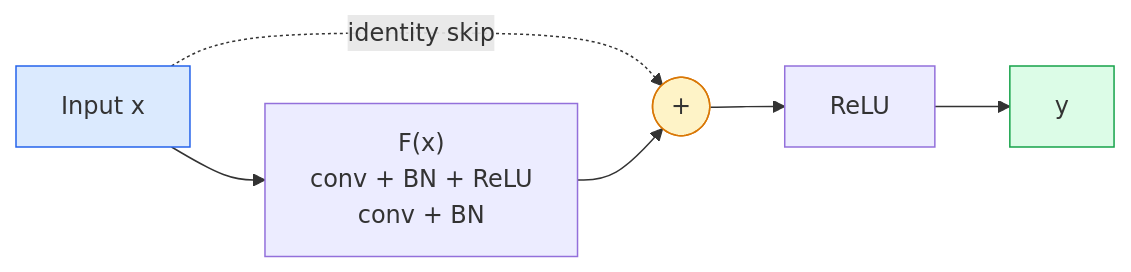
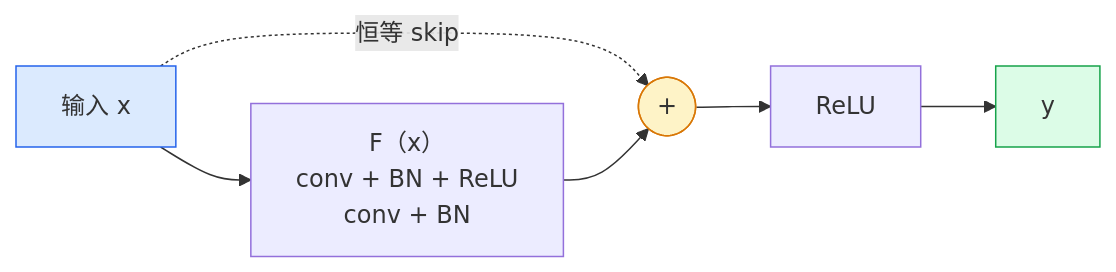
One commit to JerryC8080/ai-engineering-from-scratch-zh changed the third of 3 diagrams in phases/04-computer-vision/03-cnns-lenet-to-resnet/docs/zh.md. Above: the diagram before and after it, drawn with Mermaid. The commit also changed other lines of this file and 156 other files, not shown here.

First line of the commit message:
i18n(zh): translate mermaid diagram labels in 157 lesson zh.md

````diff
--- a/phases/04-computer-vision/03-cnns-lenet-to-resnet/docs/zh.md
+++ b/phases/04-computer-vision/03-cnns-lenet-to-resnet/docs/zh.md
@@ -132,12 +132,12 @@
 ```mermaid
 flowchart LR
-    X["Input x"] --> F["F(x)<br/>conv + BN + ReLU<br/>conv + BN"]
-    X -.->|identity skip| PLUS(["+"])
+    X["输入 x"] --> F["F（x）<br/>conv + BN + ReLU<br/>conv + BN"]
+    X -.->|恒等 skip| PLUS(["+"])
     F --> PLUS
     PLUS --> RELU["ReLU"]
     RELU --> OUT["y"]
 
     style X fill:#dbeafe,stroke:#2563eb
     style PLUS fill:#fef3c7,stroke:#d97706
     style OUT fill:#dcfce7,stroke:#16a34a
 ```
````
